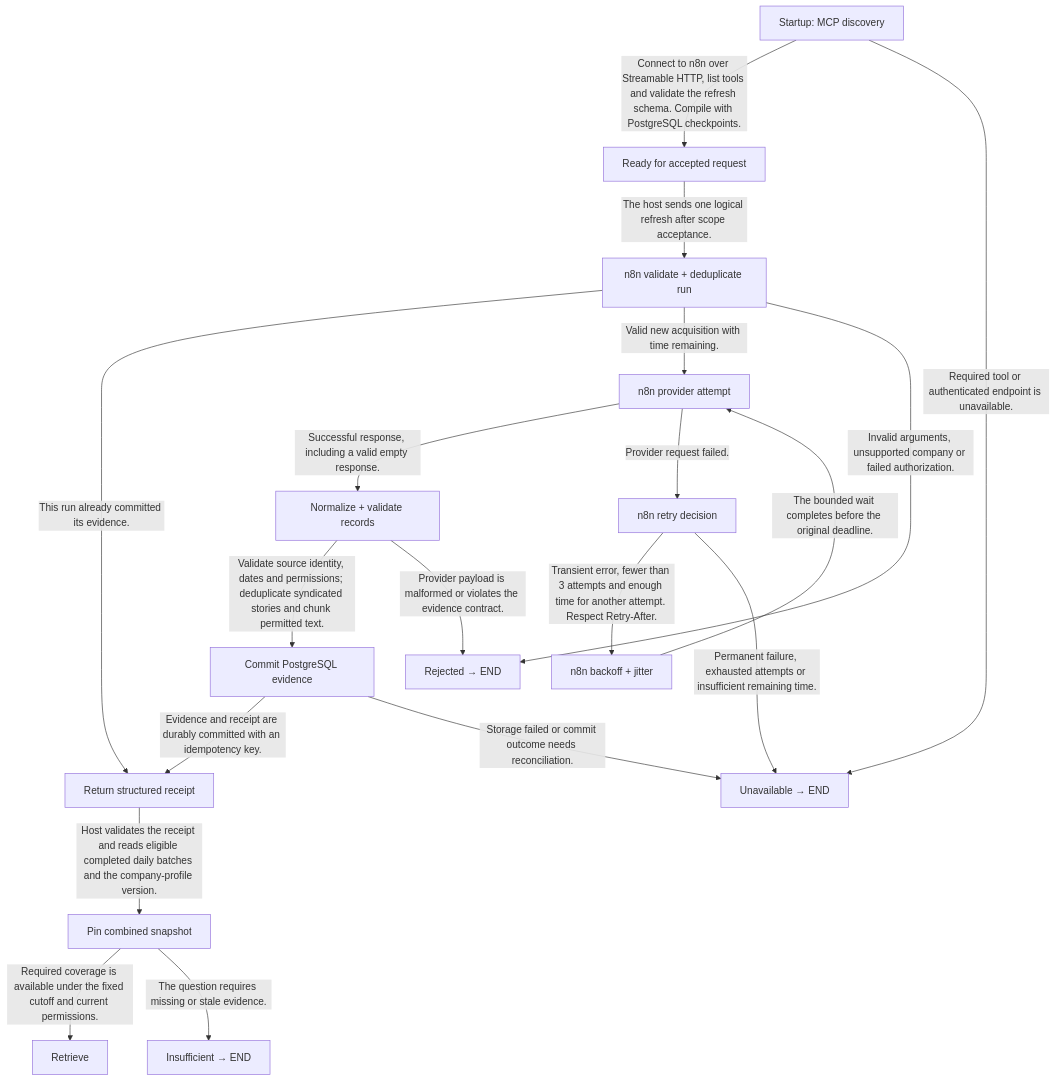
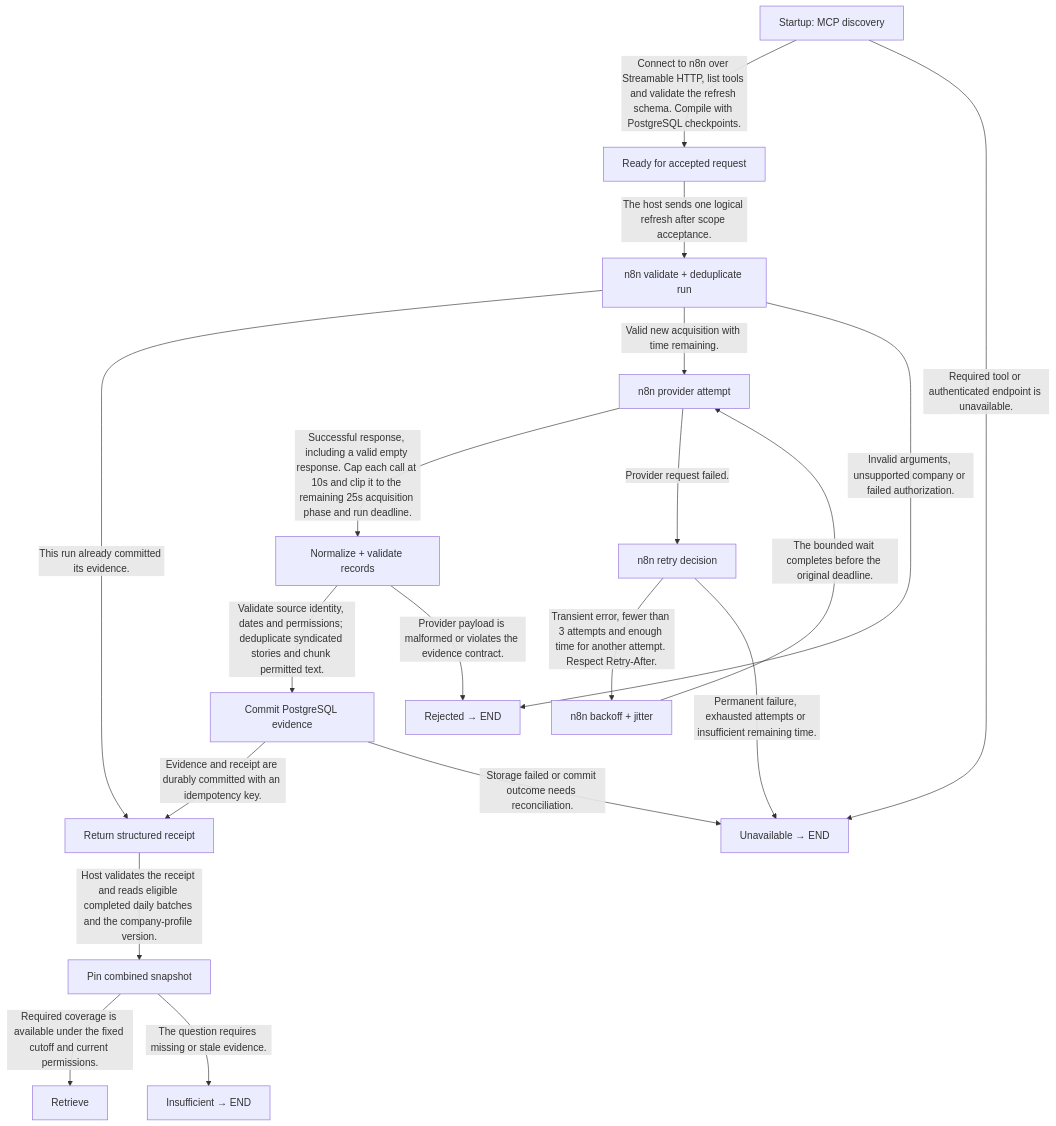
The second of 11 diagrams in public/downloads/financial-report-development-proposal.md (ByronHo68/ai-learning-academy), drawn with Mermaid before and after one commit. The commit also changed other lines of this file and 35 other files, not shown here.

````diff
--- a/public/downloads/financial-report-development-proposal.md
+++ b/public/downloads/financial-report-development-proposal.md
@@ -880,35 +880,35 @@
 ```mermaid
 flowchart TD
   n0["Startup: MCP discovery"]
   n1["Ready for accepted request"]
   n2["Unavailable → END"]
   n3["n8n validate + deduplicate run"]
   n4["Return structured receipt"]
   n5["n8n provider attempt"]
   n6["Rejected → END"]
   n7["Normalize + validate records"]
   n8["n8n retry decision"]
   n9["n8n backoff + jitter"]
   n10["Commit PostgreSQL evidence"]
   n11["Pin combined snapshot"]
   n12["Retrieve"]
   n13["Insufficient → END"]
   n0 -->|"Connect to n8n over Streamable HTTP, list tools and validate the refresh schema. Compile with PostgreSQL checkpoints."| n1
   n0 -->|"Required tool or authenticated endpoint is unavailable."| n2
   n1 -->|"The host sends one logical refresh after scope acceptance."| n3
   n3 -->|"This run already committed its evidence."| n4
   n3 -->|"Valid new acquisition with time remaining."| n5
   n3 -->|"Invalid arguments, unsupported company or failed authorization."| n6
-  n5 -->|"Successful response, including a valid empty response."| n7
+  n5 -->|"Successful response, including a valid empty response. Cap each call at 10s and clip it to the remaining 25s acquisition phase and run deadline."| n7
   n5 -->|"Provider request failed."| n8
   n8 -->|"Transient error, fewer than 3 attempts and enough time for another attempt. Respect Retry-After."| n9
   n9 -->|"The bounded wait completes before the original deadline."| n5
   n8 -->|"Permanent failure, exhausted attempts or insufficient remaining time."| n2
   n7 -->|"Validate source identity, dates and permissions; deduplicate syndicated stories and chunk permitted text."| n10
   n7 -->|"Provider payload is malformed or violates the evidence contract."| n6
   n10 -->|"Evidence and receipt are durably committed with an idempotency key."| n4
   n10 -->|"Storage failed or commit outcome needs reconciliation."| n2
   n4 -->|"Host validates the receipt and reads eligible completed daily batches and the company-profile version."| n11
   n11 -->|"Required coverage is available under the fixed cutoff and current permissions."| n12
   n11 -->|"The question requires missing or stale evidence."| n13
 ```
````
